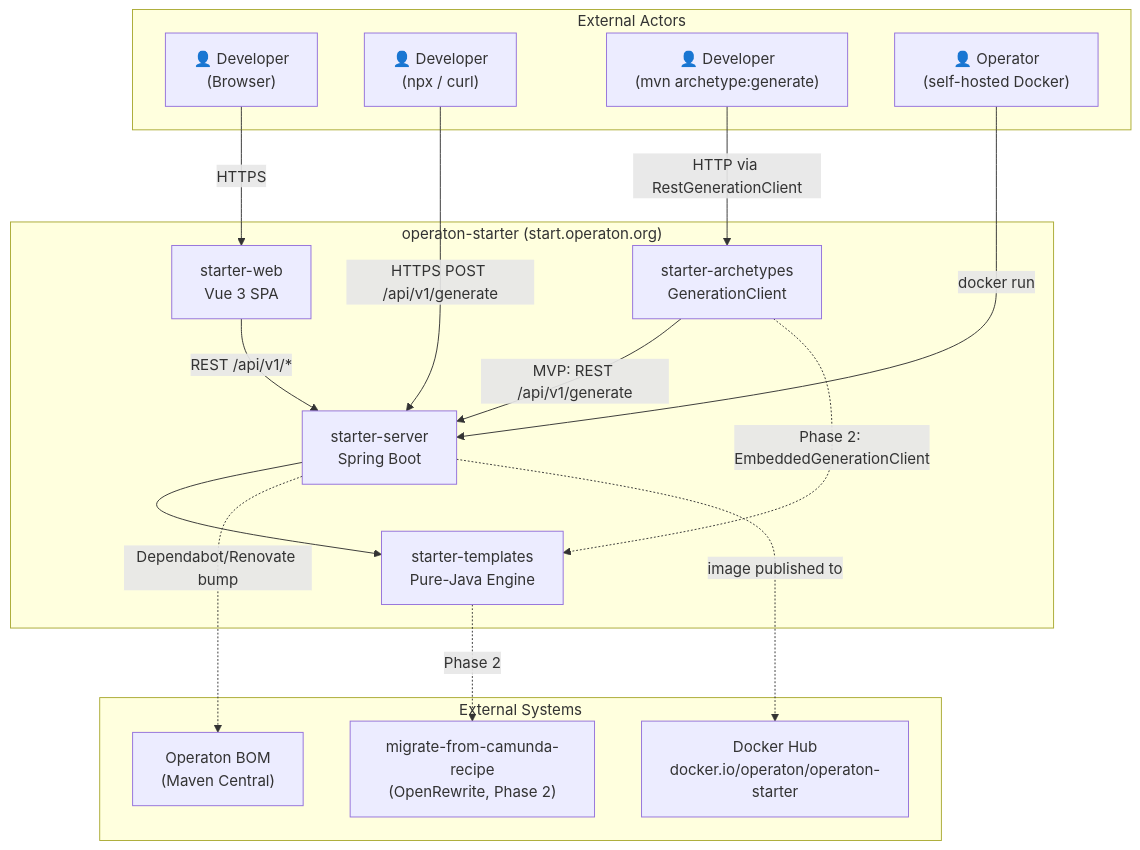
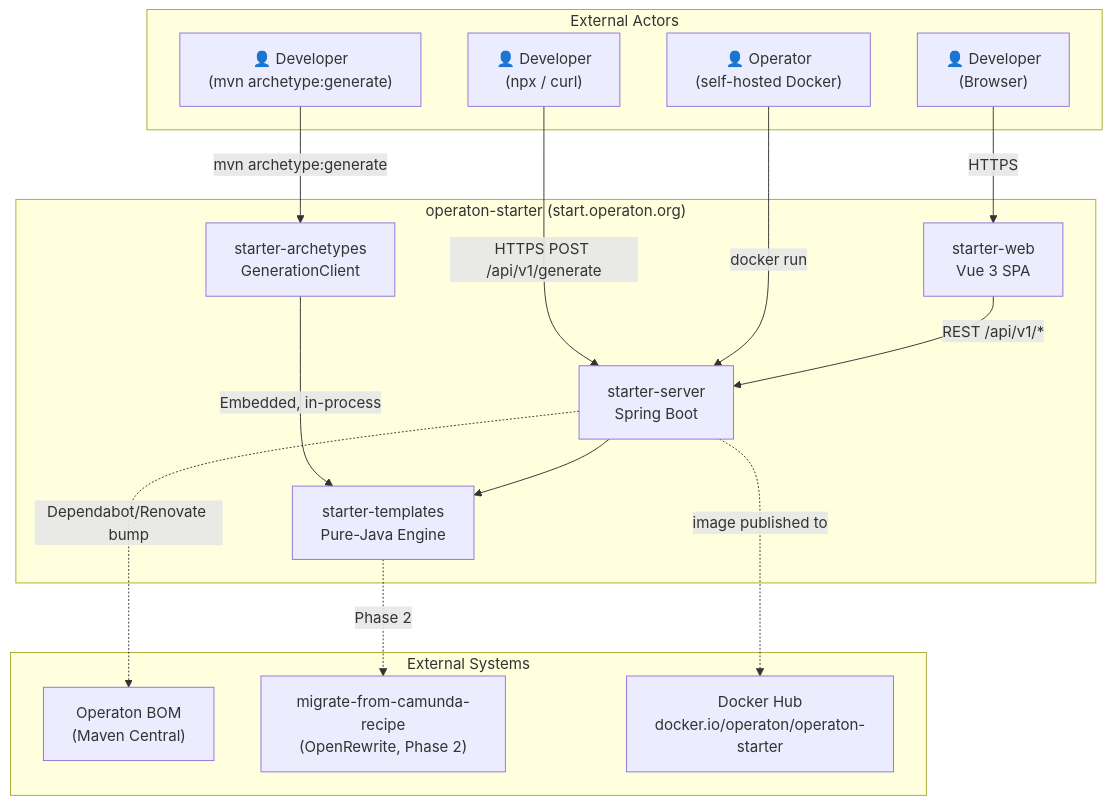
Before and after one commit to operaton/operaton-starter: the first of 2 diagrams in docs/bmad/planning-artifacts/architecture.md, drawn with Mermaid. The commit also changed other lines of this file and 3 other files, not shown here.

First line of the commit message:
docs(planning): correct archetype to embedded generation, not REST

````diff
--- a/docs/bmad/planning-artifacts/architecture.md
+++ b/docs/bmad/planning-artifacts/architecture.md
@@ -108,37 +108,36 @@
 ```mermaid
 flowchart TD
     subgraph external["External Actors"]
         DEV_BROWSER["👤 Developer\n(Browser)"]
         DEV_CLI["👤 Developer\n(npx / curl)"]
         DEV_MVN["👤 Developer\n(mvn archetype:generate)"]
         OPS["👤 Operator\n(self-hosted Docker)"]
     end
 
     subgraph system["operaton-starter (start.operaton.org)"]
         WEB["starter-web\nVue 3 SPA"]
         SERVER["starter-server\nSpring Boot"]
         TEMPLATES["starter-templates\nPure-Java Engine"]
         ARCHETYPES["starter-archetypes\nGenerationClient"]
     end
 
     subgraph external_systems["External Systems"]
         OPERATON["Operaton BOM\n(Maven Central)"]
         OPENREWRITE["migrate-from-camunda-recipe\n(OpenRewrite, Phase 2)"]
         DOCKER["Docker Hub\ndocker.io/operaton/operaton-starter"]
     end
 
     DEV_BROWSER -->|HTTPS| WEB
     DEV_CLI -->|HTTPS POST /api/v1/generate| SERVER
-    DEV_MVN -->|HTTP via RestGenerationClient| ARCHETYPES
+    DEV_MVN -->|mvn archetype:generate| ARCHETYPES
     OPS -->|docker run| SERVER
 
     WEB -->|REST /api/v1/*| SERVER
-    ARCHETYPES -->|MVP: REST /api/v1/generate| SERVER
-    ARCHETYPES -.->|Phase 2: EmbeddedGenerationClient| TEMPLATES
+    ARCHETYPES -->|Embedded, in-process| TEMPLATES
 
     SERVER --> TEMPLATES
 
     SERVER -.->|Dependabot/Renovate bump| OPERATON
     SERVER -.->|image published to| DOCKER
     TEMPLATES -.->|Phase 2| OPENREWRITE
 ```
````
